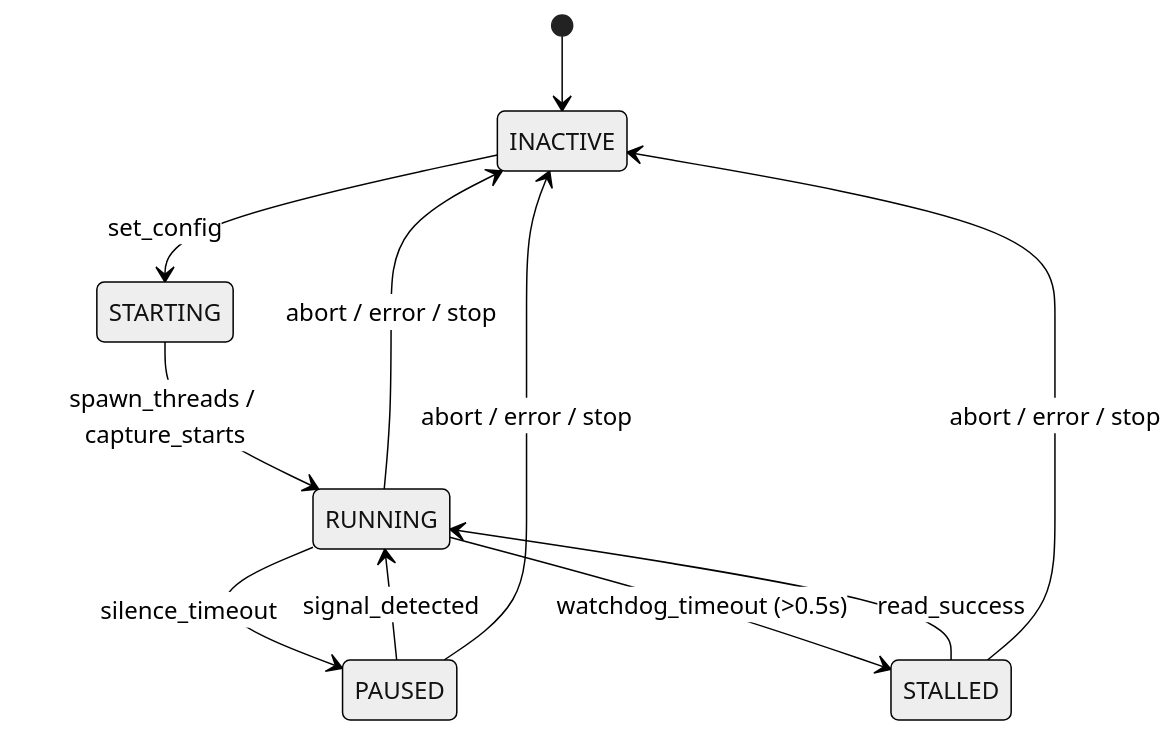
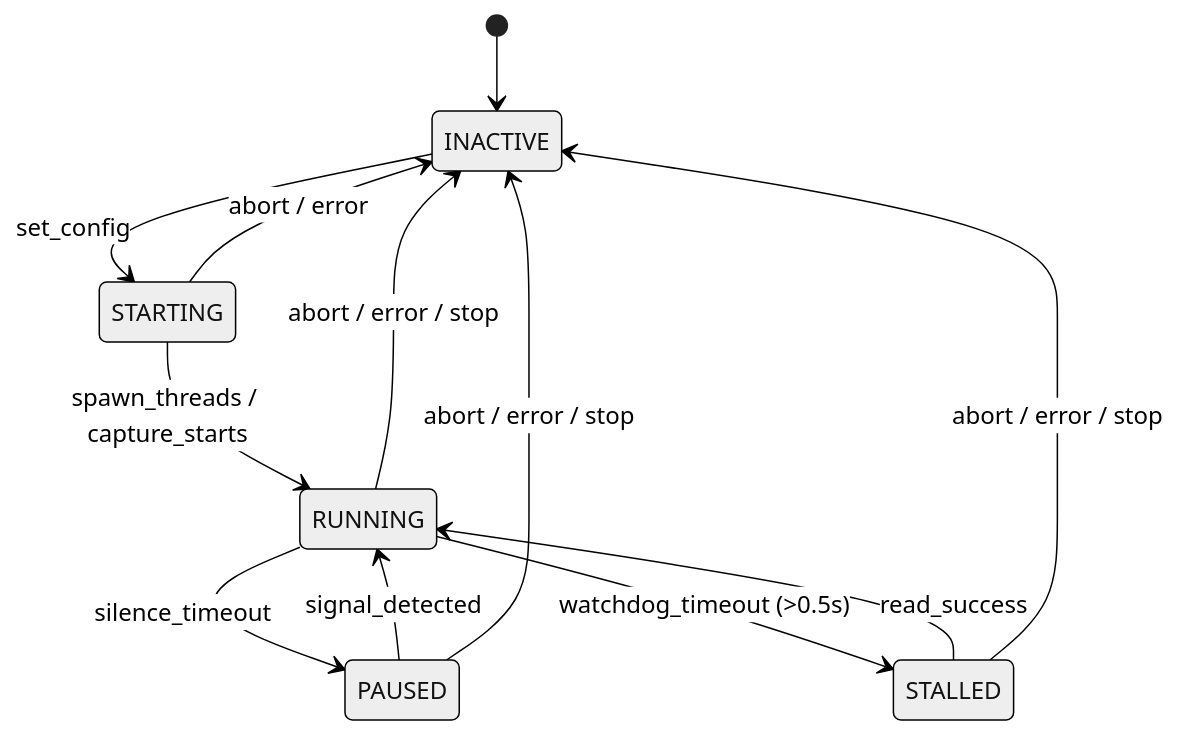
The second of 8 diagrams in engine_state_management.md (Wang-Yue/cdsp), drawn with Mermaid (neutral theme) before and after one commit. The commit also changed other lines of this file and 2 other files, not shown here.

````diff
--- a/engine_state_management.md
+++ b/engine_state_management.md
@@ -141,13 +141,14 @@
 ```mermaid
 stateDiagram-v2
     [*] --> INACTIVE
     INACTIVE --> STARTING : set_config
     STARTING --> RUNNING : spawn_threads / capture_starts
+    STARTING --> INACTIVE : abort / error
     RUNNING --> PAUSED : silence_timeout
     PAUSED --> RUNNING : signal_detected
     RUNNING --> STALLED : watchdog_timeout (>0.5s)
     STALLED --> RUNNING : read_success
     RUNNING --> INACTIVE : abort / error / stop
     PAUSED --> INACTIVE : abort / error / stop
     STALLED --> INACTIVE : abort / error / stop
 ```
````
